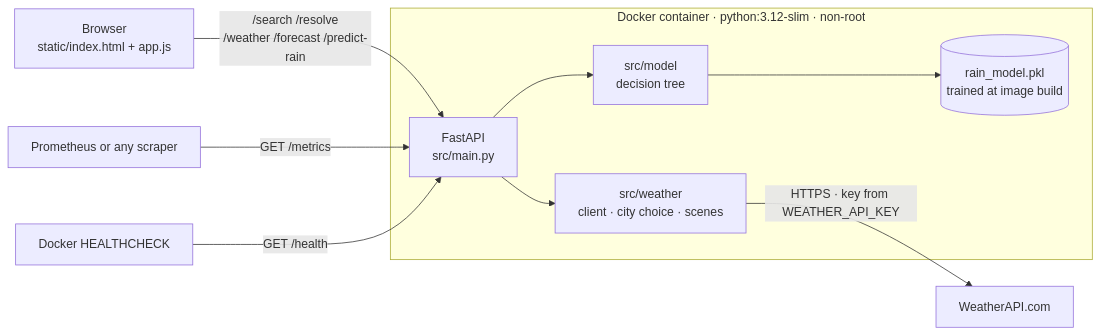
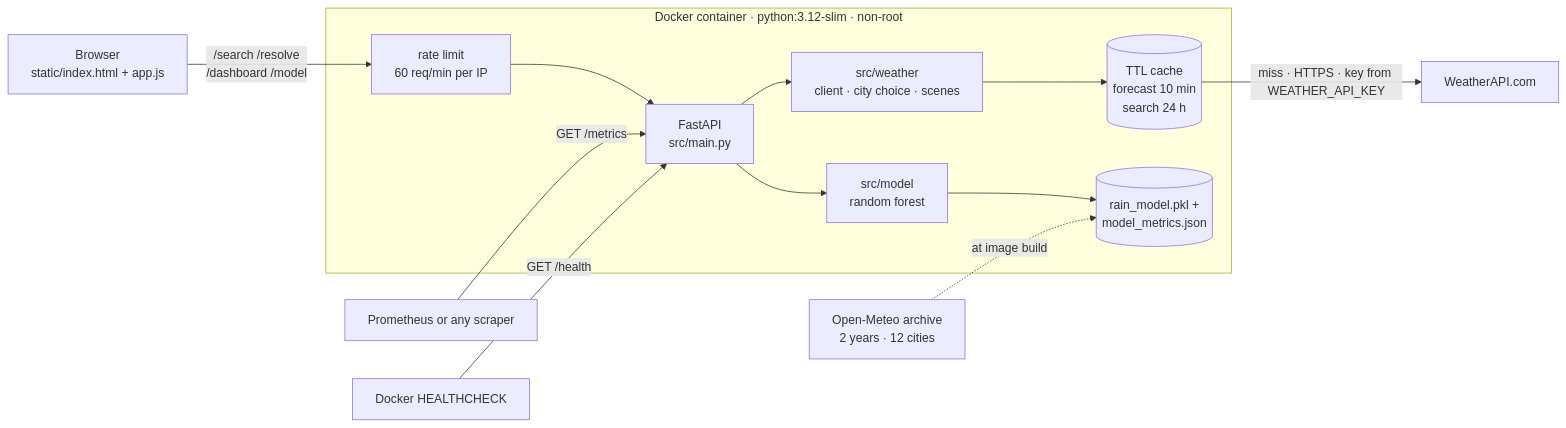
One commit to Ujjwalraj1808/AI-Weather-Forecast-App changed the first of 2 diagrams in README.md. Above: the diagram before and after it, drawn with Mermaid. The commit also changed other lines of this file, not shown here.

Commit message:
Update README for caching, model training and CI security

````diff
--- a/README.md
+++ b/README.md
@@ -14,17 +15,17 @@
 ```mermaid
 flowchart LR
-    U[Browser<br/>static/index.html + app.js] -->|/search /resolve<br/>/weather /forecast /predict-rain| API
+    U[Browser<br/>static/index.html + app.js] -->|/search /resolve<br/>/dashboard /model| RL
 
     subgraph C[Docker container · python:3.12-slim · non-root]
-        API[FastAPI<br/>src/main.py]
-        W[src/weather<br/>client · city choice · scenes]
-        M[src/model<br/>decision tree]
-        PKL[(rain_model.pkl<br/>trained at image build)]
-        API --> W
-        API --> M --> PKL
+        RL[rate limit<br/>60 req/min per IP] --> API[FastAPI<br/>src/main.py]
+        API --> W[src/weather<br/>client · city choice · scenes]
+        W --> CACHE[(TTL cache<br/>forecast 10 min<br/>search 24 h)]
+        API --> M[src/model<br/>random forest]
+        M --> PKL[(rain_model.pkl +<br/>model_metrics.json)]
     end
 
-    W -->|HTTPS · key from WEATHER_API_KEY| WAPI[WeatherAPI.com]
+    CACHE -->|miss · HTTPS · key from WEATHER_API_KEY| WAPI[WeatherAPI.com]
+    OM[Open-Meteo archive<br/>2 years · 12 cities] -.->|at image build| PKL
     P[Prometheus or any scraper] -->|GET /metrics| API
     D[Docker HEALTHCHECK] -->|GET /health| API
 ```
````
